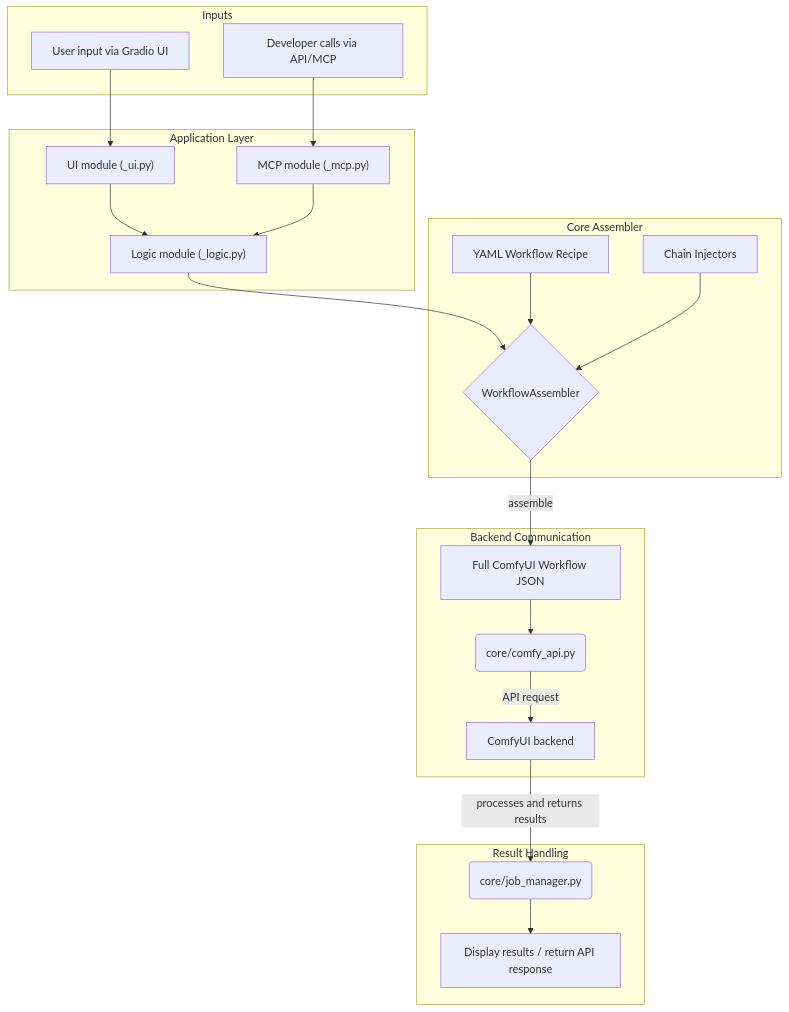
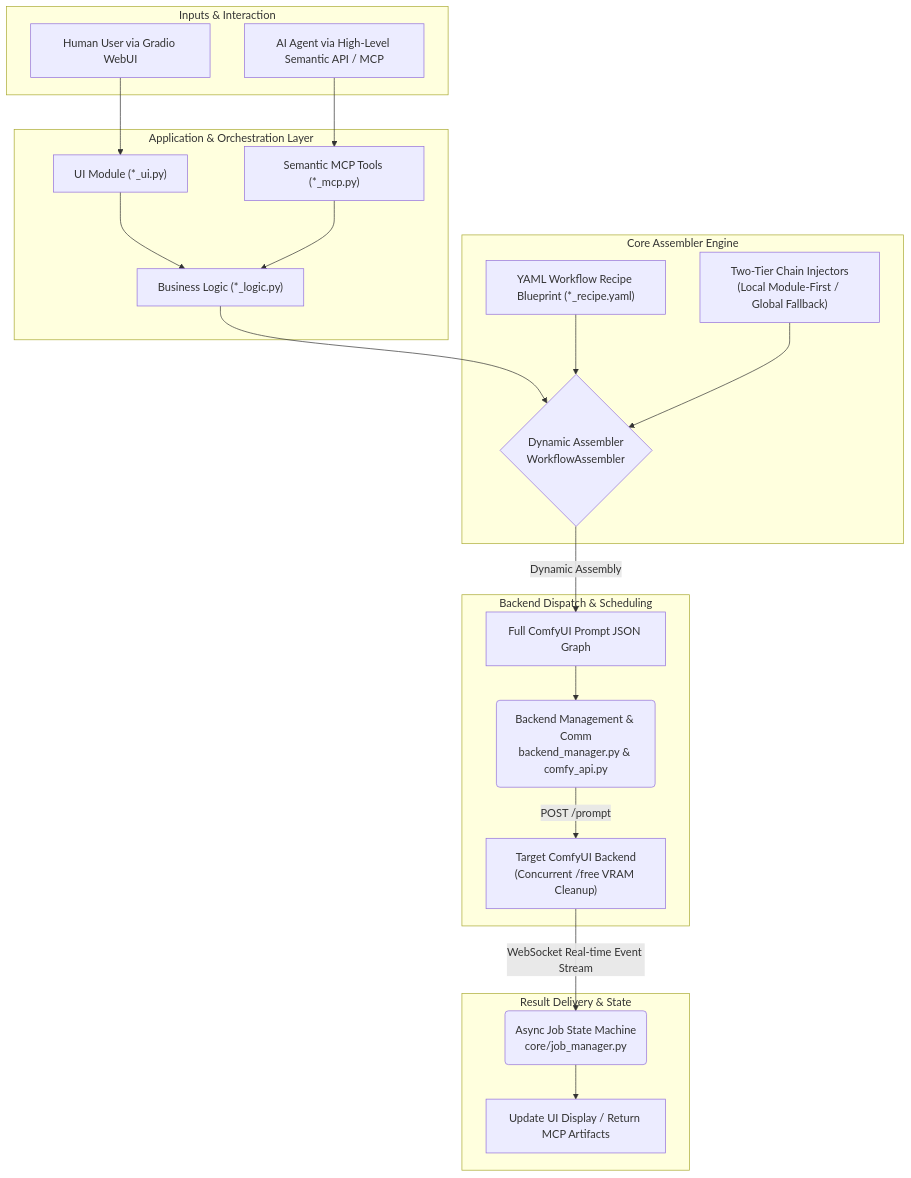
One commit to RioShiina47/comfy-webui changed the diagram in README.md. Above: the diagram before and after it, drawn with Mermaid. The commit also changed other lines of this file and 790 other files, not shown here.

````diff
--- a/README.md
+++ b/README.md
@@ -140,43 +112,43 @@
 ```mermaid
 graph TD
-    subgraph "Inputs"
-        A["User input via Gradio UI"]
-        B["Developer calls via API/MCP"]
+    subgraph "Inputs & Interaction"
+        A["Human User via Gradio WebUI"]
+        B["AI Agent via High-Level Semantic API / MCP"]
     end
 
-    subgraph "Application Layer"
-        C["UI module (_ui.py)"]
-        D["Logic module (_logic.py)"]
-        E["MCP module (_mcp.py)"]
+    subgraph "Application & Orchestration Layer"
+        C["UI Module (*_ui.py)"]
+        D["Business Logic (*_logic.py)"]
+        E["Semantic MCP Tools (*_mcp.py)"]
     end
 
-    subgraph "Core Assembler"
-        F{"WorkflowAssembler"}
-        G["YAML Workflow Recipe"]
-        H["Chain Injectors"]
+    subgraph "Core Assembler Engine"
+        F{"Dynamic Assembler<br/>WorkflowAssembler"}
+        G["YAML Workflow Recipe Blueprint (*_recipe.yaml)"]
+        H["Two-Tier Chain Injectors<br/>(Local Module-First / Global Fallback)"]
     end
 
-    subgraph "Backend Communication"
-        I["Full ComfyUI Workflow JSON"]
-        J("core/comfy_api.py")
-        K["ComfyUI backend"]
+    subgraph "Backend Dispatch & Scheduling"
+        I["Full ComfyUI Prompt JSON Graph"]
+        J("Backend Management & Comm<br/>backend_manager.py & comfy_api.py")
+        K["Target ComfyUI Backend<br/>(Concurrent /free VRAM Cleanup)"]
     end
 
-    subgraph "Result Handling"
-        L("core/job_manager.py")
-        M["Display results / return API response"]
+    subgraph "Result Delivery & State"
+        L("Async Job State Machine<br/>core/job_manager.py")
+        M["Update UI Display / Return MCP Artifacts"]
     end
 
-    A --> C;
-    B --> E;
-    C --> D;
-    E --> D;
-    D --> F;
-    G --> F;
-    H --> F;
-    F -- assemble --> I;
-    I --> J;
-    J -- API request --> K;
-    K -- processes and returns results --> L;
-    L --> M;
+    A --> C
+    B --> E
+    C --> D
+    E --> D
+    D --> F
+    G --> F
+    H --> F
+    F -- Dynamic Assembly --> I
+    I --> J
+    J -- POST /prompt --> K
+    K -- WebSocket Real-time Event Stream --> L
+    L --> M
 ```
````
